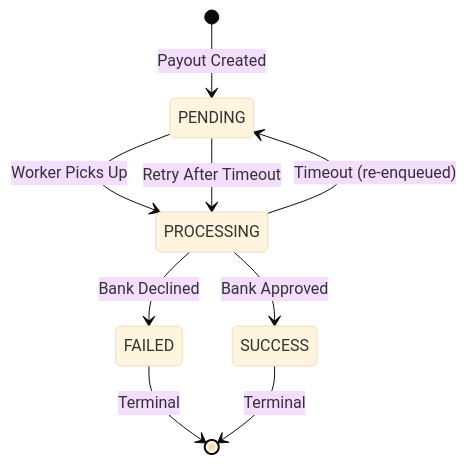
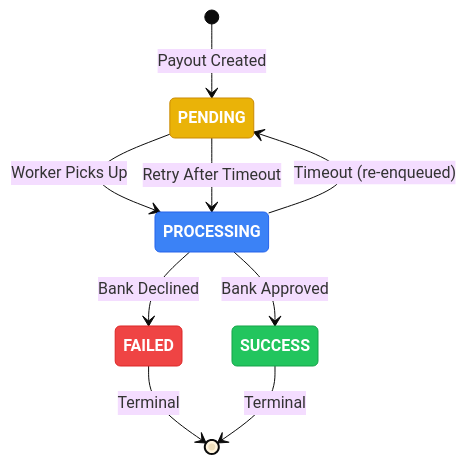
The fourth of 4 diagrams in README.md (distroaryan/playo), drawn with Mermaid (base theme) before and after one commit. The commit also changed other lines of this file and 5 other files, not shown here.

````diff
--- a/README.md
+++ b/README.md
@@ -164,11 +207,21 @@
 ```mermaid
 stateDiagram-v2
+    classDef pending fill:#eab308,stroke:#ca8a04,color:white,font-weight:bold;
+    classDef processing fill:#3b82f6,stroke:#2563eb,color:white,font-weight:bold;
+    classDef success fill:#22c55e,stroke:#16a34a,color:white,font-weight:bold;
+    classDef failed fill:#ef4444,stroke:#dc2626,color:white,font-weight:bold;
+
     [*] --> PENDING : Payout Created
     PENDING --> PROCESSING : Worker Picks Up
     PROCESSING --> SUCCESS : Bank Approved
     PROCESSING --> FAILED : Bank Declined
     PENDING --> PROCESSING : Retry After Timeout
     PROCESSING --> PENDING : Timeout (re-enqueued)
     FAILED --> [*] : Terminal
     SUCCESS --> [*] : Terminal
+    
+    class PENDING pending
+    class PROCESSING processing
+    class SUCCESS success
+    class FAILED failed
 ```
````
